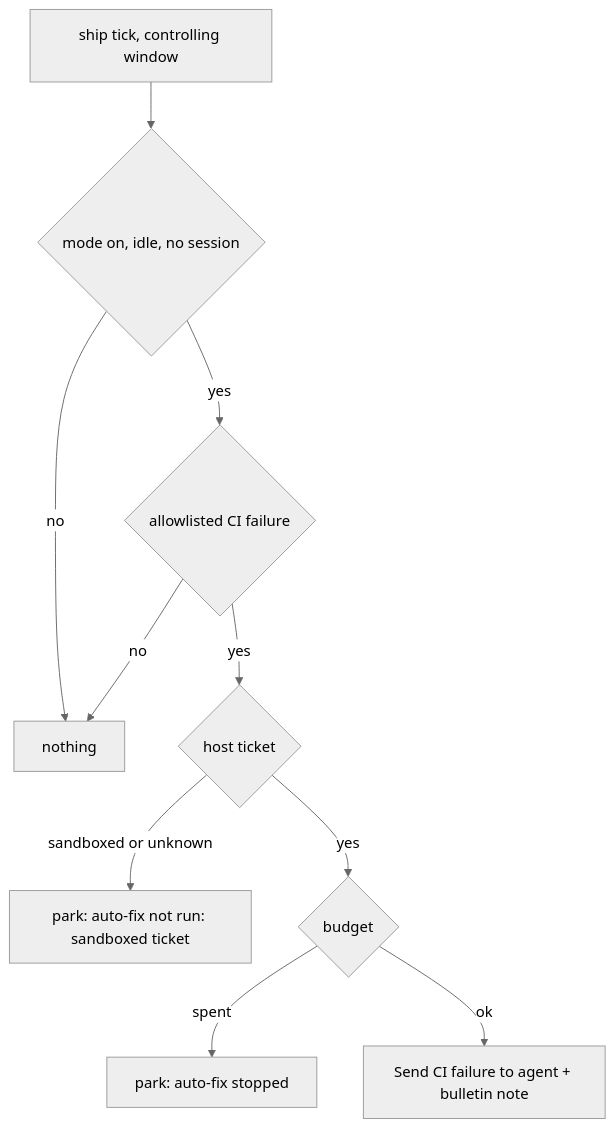
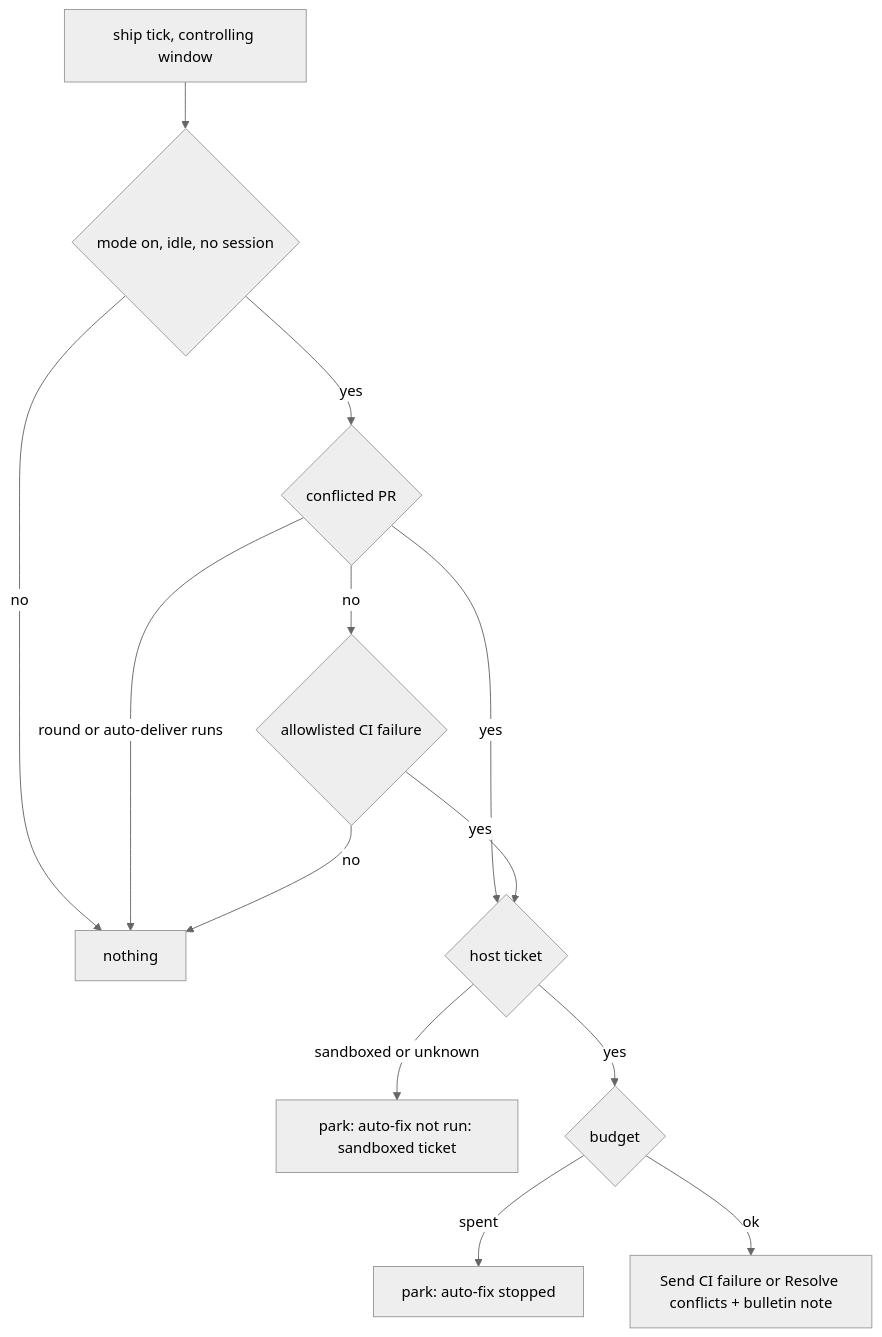
The diagram in docs/arch/autopilot.md (AndrewHaluza/karst), drawn with Mermaid (neutral theme) before and after one commit. The commit also changed other lines of this file and 17 other files, not shown here.

First line of the commit message:
feat: autopilot auto-fixes merge conflicts on host tickets at ship

````diff
--- a/docs/arch/autopilot.md
+++ b/docs/arch/autopilot.md
@@ -24,12 +24,15 @@
 ```mermaid
 flowchart TD
   T[ship tick, controlling window] --> G{mode on, idle, no session}
   G -->|no| X[nothing]
-  G -->|yes| P{allowlisted CI failure}
+  G -->|yes| C{conflicted PR}
+  C -->|round or auto-deliver runs| X
+  C -->|yes| H
+  C -->|no| P{allowlisted CI failure}
   P -->|no| X
   P -->|yes| H{host ticket}
   H -->|sandboxed or unknown| Q[park: auto-fix not run: sandboxed ticket]
   H -->|yes| B{budget}
   B -->|spent| W[park: auto-fix stopped]
-  B -->|ok| N[Send CI failure to agent + bulletin note]
+  B -->|ok| N[Send CI failure or Resolve conflicts + bulletin note]
 ```
````
